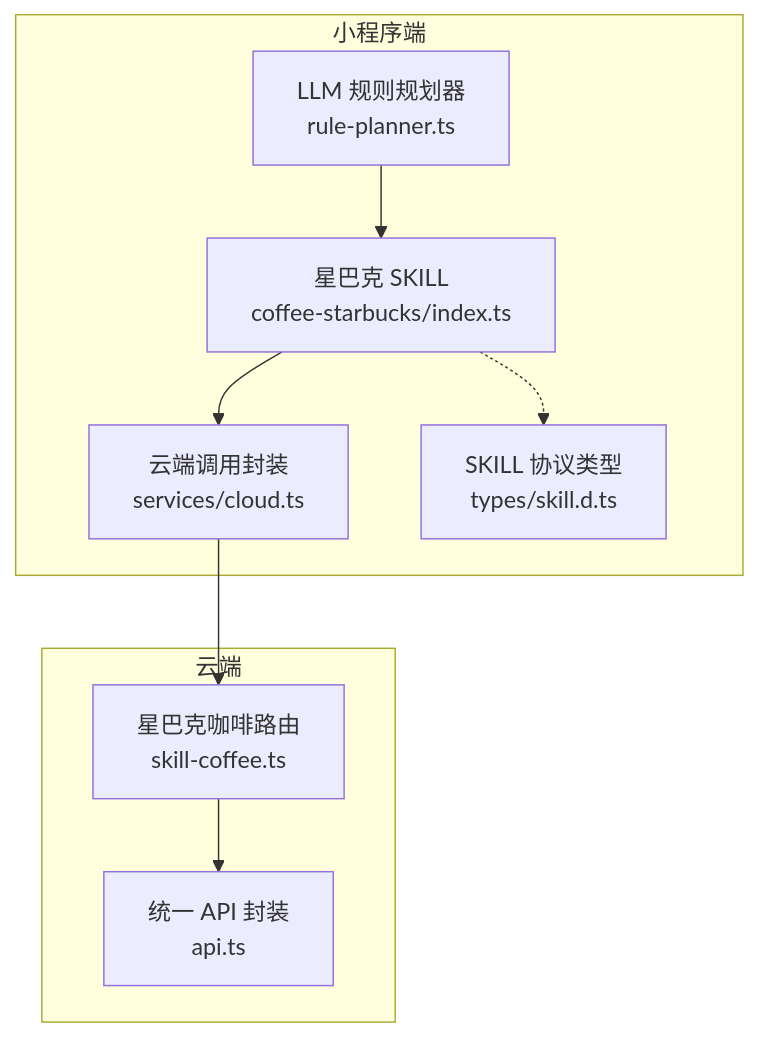
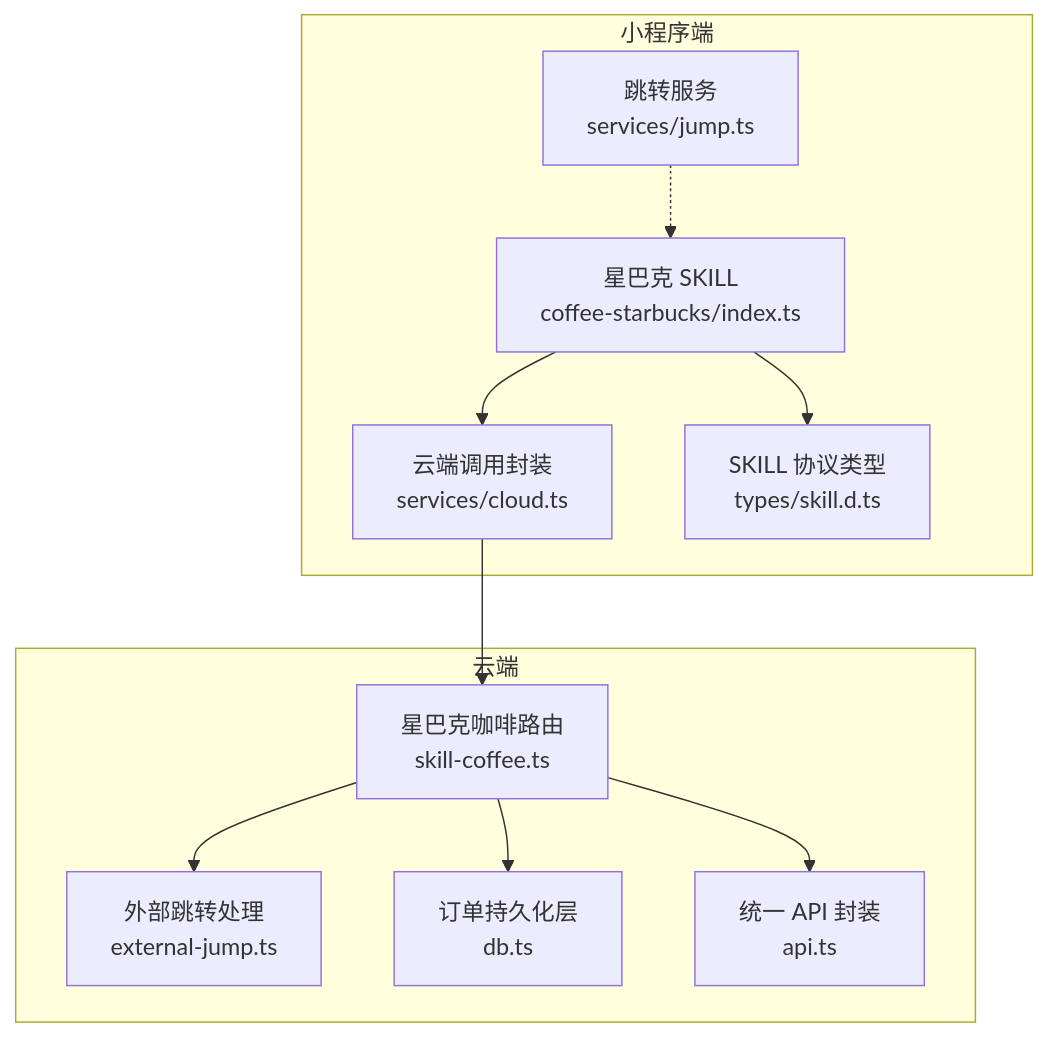
Before and after one commit to Ichi-Hackton/WAIC-WeChat-MiniProgram: the first of 10 diagrams in .qoder/repowiki/zh/content/云端服务/SKILL服务端点/星巴克咖啡SKILL.md, drawn with Mermaid. The commit also changed other lines of this file and 26 other files, not shown here.

````diff
--- a/.qoder/repowiki/zh/content/云端服务/SKILL服务端点/星巴克咖啡SKILL.md
+++ b/.qoder/repowiki/zh/content/云端服务/SKILL服务端点/星巴克咖啡SKILL.md
@@ -42,18 +55,22 @@
 ```mermaid
 graph TB
 subgraph "小程序端"
 SB["星巴克 SKILL<br/>coffee-starbucks/index.ts"]
 CLOUD["云端调用封装<br/>services/cloud.ts"]
-PLANNER["LLM 规则规划器<br/>rule-planner.ts"]
+JUMP["跳转服务<br/>services/jump.ts"]
 TYPES["SKILL 协议类型<br/>types/skill.d.ts"]
 end
 subgraph "云端"
 ROUTER["星巴克咖啡路由<br/>skill-coffee.ts"]
+EXTERNAL_JUMP["外部跳转处理<br/>external-jump.ts"]
+DB["订单持久化层<br/>db.ts"]
 API["统一 API 封装<br/>api.ts"]
 end
-PLANNER --> SB
 SB --> CLOUD
+SB --> TYPES
 CLOUD --> ROUTER
+ROUTER --> EXTERNAL_JUMP
+ROUTER --> DB
 ROUTER --> API
-SB -.-> TYPES
+JUMP -.-> SB
 ```
````
